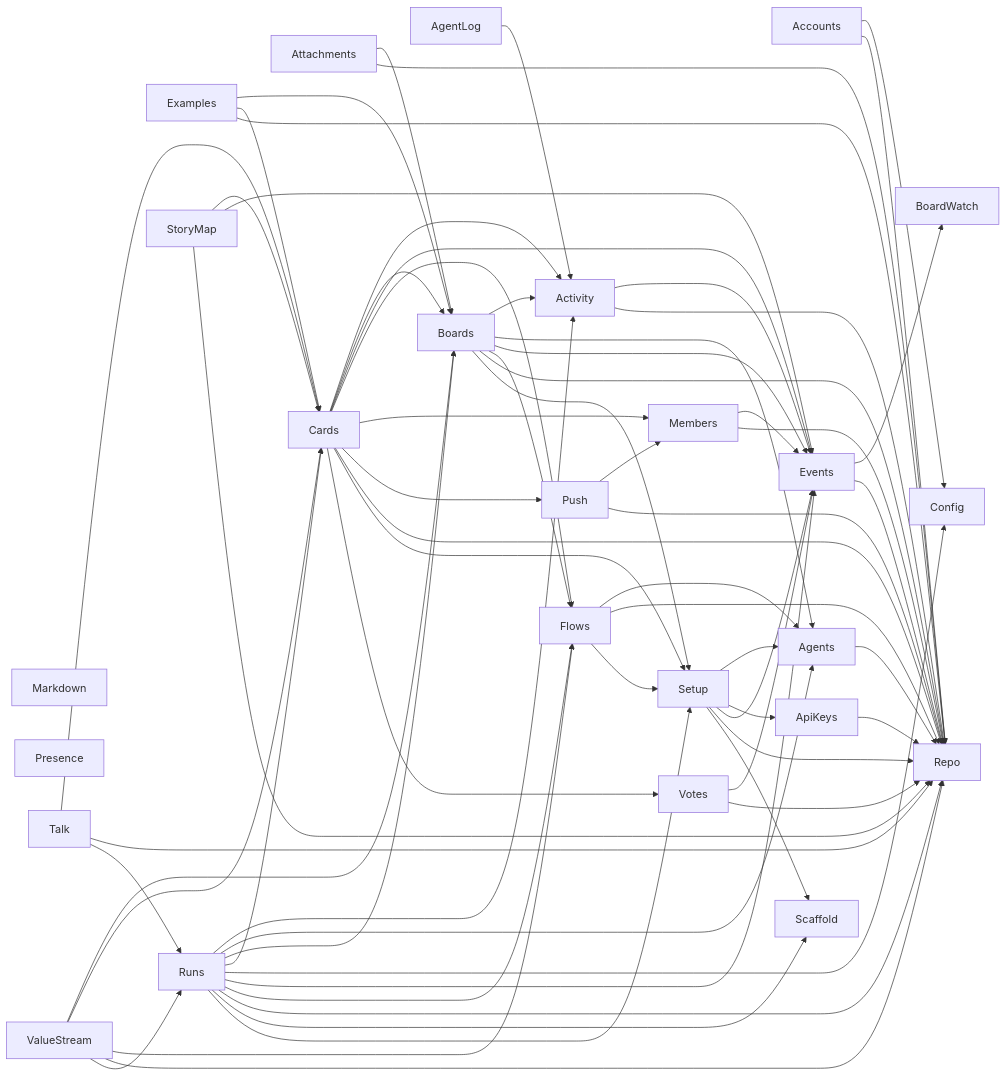
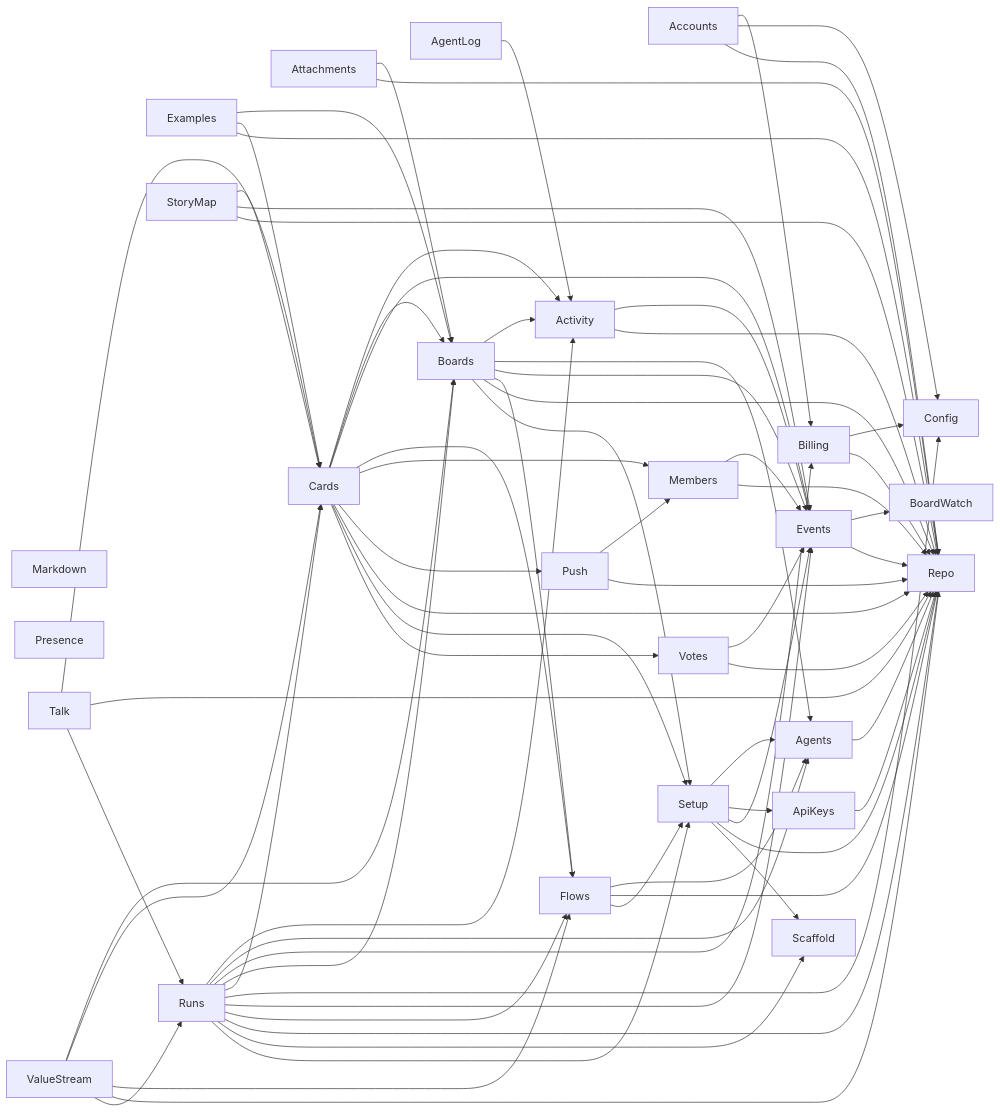
One commit to jeremylightsmith/relay changed the second of 2 diagrams in docs/architecture/deps.md. Above: the diagram before and after it, drawn with Mermaid. The commit also changed 67 other files, not shown here.

````diff
--- a/docs/architecture/deps.md
+++ b/docs/architecture/deps.md
@@ -29,69 +29,73 @@
 ```mermaid
 flowchart LR
     Markdown
     Presence
+    Accounts --> Billing
     Accounts --> Config
     Accounts --> Repo
     Activity --> Events
     Activity --> Repo
     AgentLog --> Activity
     Agents --> Repo
     ApiKeys --> Repo
     Attachments --> Boards
     Attachments --> Repo
+    Billing --> Config
+    Billing --> Repo
     Boards --> Activity
     Boards --> Agents
     Boards --> Events
     Boards --> Flows
     Boards --> Repo
     Boards --> Setup
     Cards --> Activity
     Cards --> Boards
     Cards --> Events
     Cards --> Flows
     Cards --> Members
     Cards --> Push
     Cards --> Repo
     Cards --> Setup
     Cards --> Votes
     Events --> BoardWatch
     Events --> Repo
     Examples --> Boards
     Examples --> Cards
     Examples --> Repo
     Flows --> Agents
     Flows --> Repo
     Flows --> Setup
     Members --> Events
     Members --> Repo
     Push --> Members
     Push --> Repo
     Runs --> Activity
     Runs --> Agents
+    Runs --> Billing
     Runs --> Boards
     Runs --> Cards
     Runs --> Config
     Runs --> Events
     Runs --> Flows
     Runs --> Repo
     Runs --> Scaffold
     Runs --> Setup
     Setup --> Agents
     Setup --> ApiKeys
     Setup --> Events
     Setup --> Repo
     Setup --> Scaffold
     StoryMap --> Cards
     StoryMap --> Events
     StoryMap --> Repo
     Talk --> Cards
     Talk --> Repo
     Talk --> Runs
     ValueStream --> Boards
     ValueStream --> Cards
     ValueStream --> Flows
     ValueStream --> Repo
     ValueStream --> Runs
     Votes --> Events
     Votes --> Repo
 ```
````
